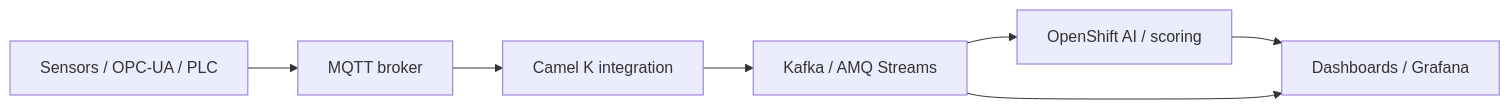
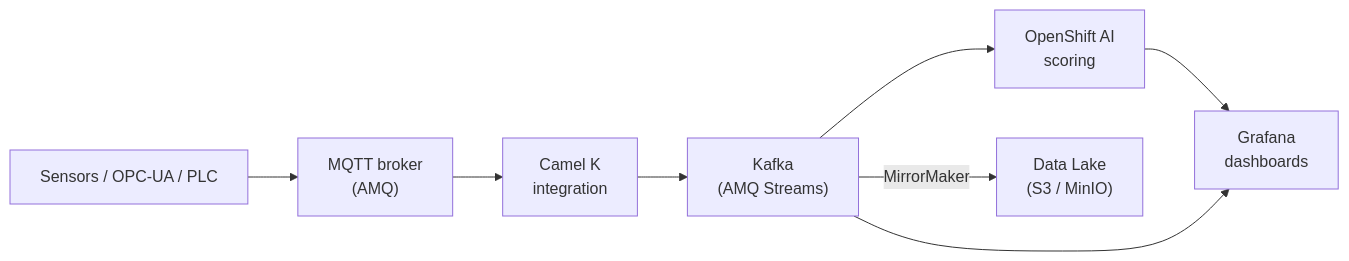
Before and after one commit to maximilianoPizarro/platform-hub-spoke-config: the seventh of 7 diagrams in docs/architecture.md, drawn with Mermaid. The commit also changed other lines of this file and 7 other files, not shown here.

First line of the commit message:
docs: add architecture diagrams and Service Interconnect page

````diff
--- a/docs/architecture.md
+++ b/docs/architecture.md
@@ -74,9 +246,10 @@
 ```mermaid
 flowchart LR
-  S["Sensors / OPC-UA / PLC"] --> M["MQTT broker"]
-  M --> C["Camel K integration"]
-  C --> K["Kafka / AMQ Streams"]
-  K --> ML["OpenShift AI / scoring"]
-  ML --> DB["Dashboards / Grafana"]
+  S["Sensors / OPC-UA / PLC"] --> M["MQTT broker<br/>(AMQ)"]
+  M --> C["Camel K<br/>integration"]
+  C --> K["Kafka<br/>(AMQ Streams)"]
+  K --> ML["OpenShift AI<br/>scoring"]
+  ML --> DB["Grafana<br/>dashboards"]
   K --> DB
+  K -->|"MirrorMaker"| DL["Data Lake<br/>(S3 / MinIO)"]
 ```
````
